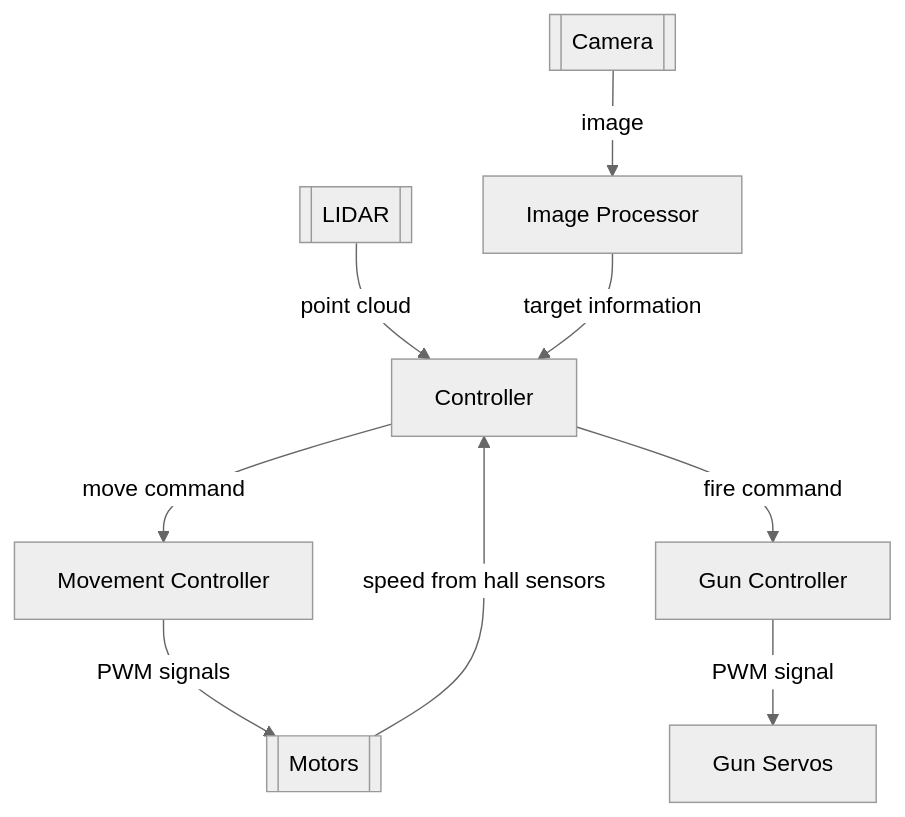
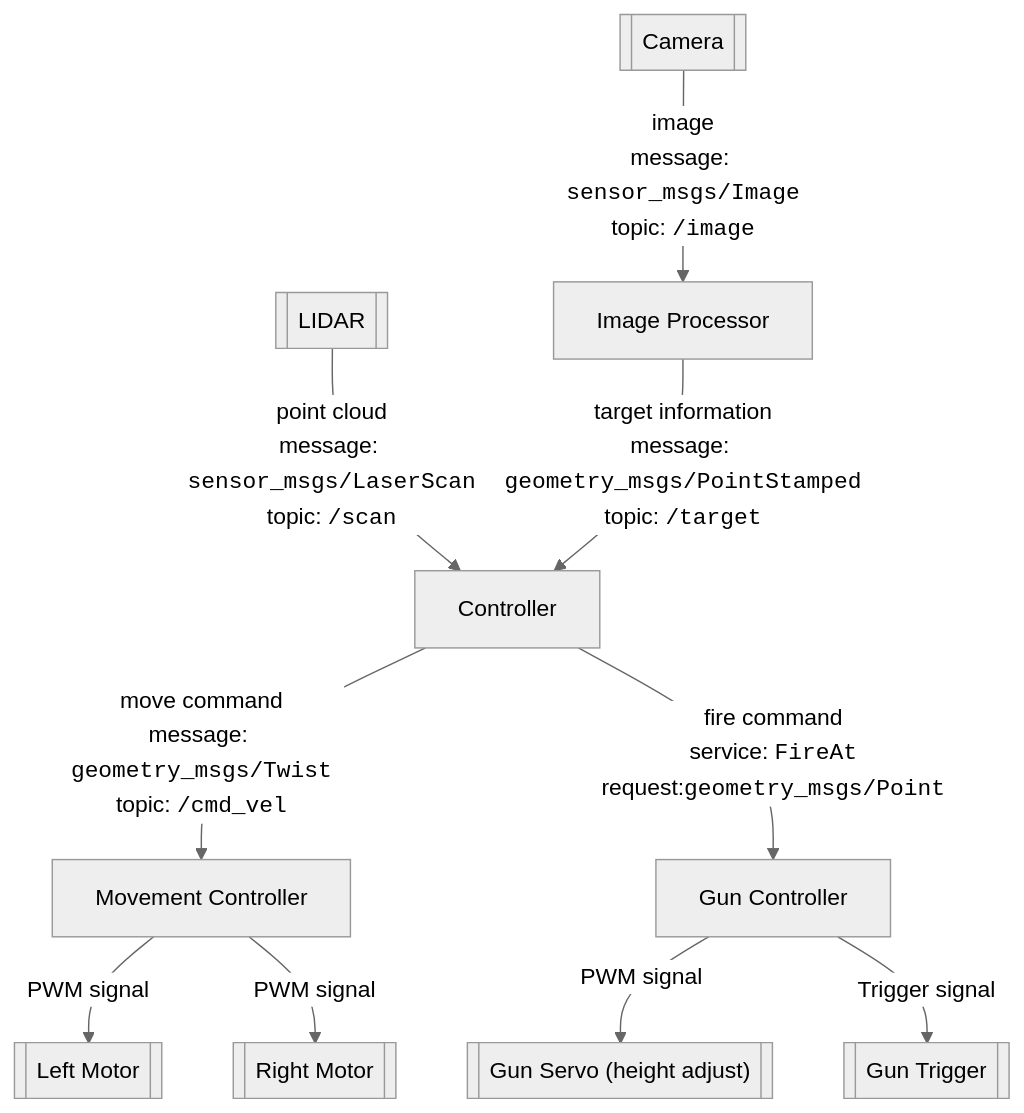
The first of 4 diagrams in README.md (rursprung/fhgr-mrproj2), drawn with Mermaid (neutral theme) before and after one commit.

First paragraph of the commit message:
define APIs
this adds a first draft for how the APIs should look like. most
communication will happen with ROS messages, however triggering the gun
will be a service call (because it has to happen exactly then).

````diff
--- a/README.md
+++ b/README.md
@@ -20,15 +20,18 @@
 ```mermaid
 graph TD
-    Controller -->|move command| MC
+    Controller -->|"move command<br/>message: <code>geometry_msgs/Twist</code><br/>topic: <code>/cmd_vel</code>"| MC
 
-    MC[Movement Controller] -->|PWM signals| Motors
-    Motors[[Motors]] -->|speed from hall sensors| Controller
+    MC[Movement Controller]
+    MC -->|PWM signal| LM[[Left Motor]]
+    MC -->|PWM signal| RM[[Right Motor]]
 
-    Controller -->|fire command| GC
+    Controller -->|"fire command<br/>service: <code>FireAt</code><br/>request:<code>geometry_msgs/Point</code>"| GC
     GC[Gun Controller] -->|PWM signal| GS
-    GS[Gun Servos]
+    GC -->|Trigger signal| GT
+    GS[["Gun Servo (height adjust)"]]
+    GT[[Gun Trigger]]
 
-    LIDAR[[LIDAR]] -->|point cloud| Controller
-    Camera[[Camera]] -->|image| IP
-    IP[Image Processor] -->|target information| Controller
+    LIDAR[[LIDAR]] -->|"point cloud<br/>message: <code>sensor_msgs/LaserScan</code><br/>topic: <code>/scan</code>"| Controller
+    Camera[[Camera]] -->|"image<br/>message: <code>sensor_msgs/Image</code><br/>topic: <code>/image</code>"| IP
+    IP[Image Processor] -->|"target information<br/>message: <code>geometry_msgs/PointStamped</code><br/>topic: <code>/target</code>"| Controller
 ```
````
